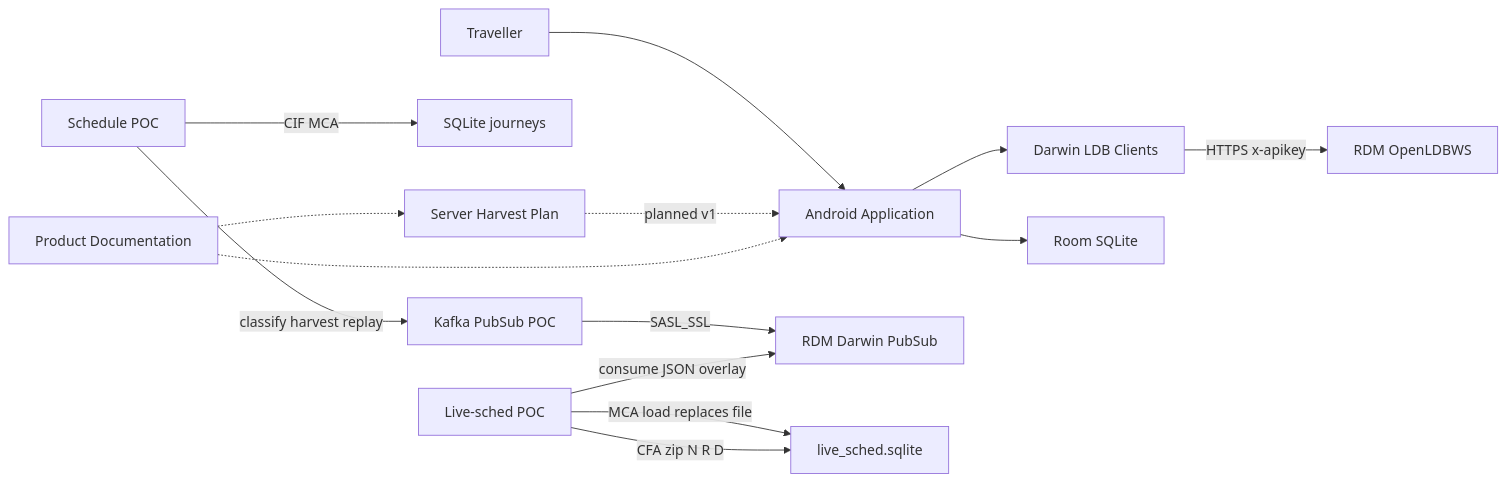
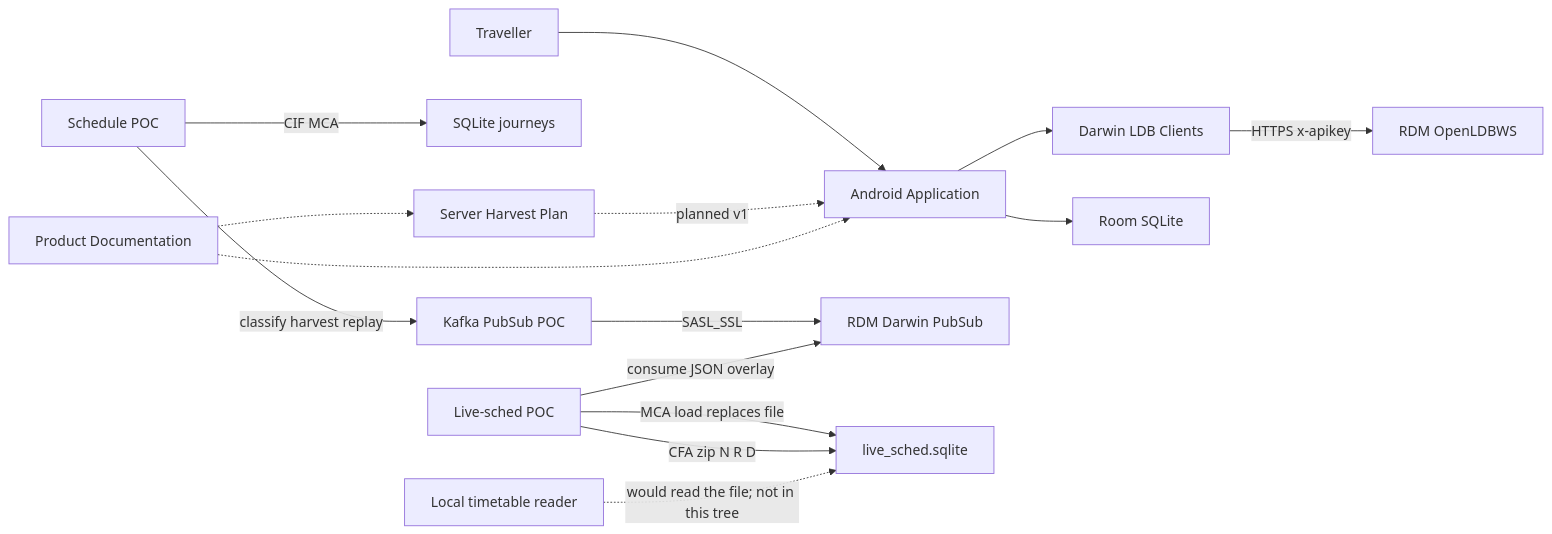
The first of 6 diagrams in aidlc/spaces/default/codekb/uk-rail-tracker/architecture.md (mazerunner70/uk-rail-tracker), drawn with Mermaid before and after one commit. The commit also changed other lines of this file and 315 other files, not shown here.

Commit message:
Record the local timetable viewer and the Athena lake construction record.

````diff
--- a/aidlc/spaces/default/codekb/uk-rail-tracker/architecture.md
+++ b/aidlc/spaces/default/codekb/uk-rail-tracker/architecture.md
@@ -17,16 +24,17 @@
 ```mermaid
 flowchart LR
   User["Traveller"] --> Android["Android Application"]
   Android --> DarwinACL["Darwin LDB Clients"]
   DarwinACL -->|"HTTPS x-apikey"| OpenLDB["RDM OpenLDBWS"]
   Android --> Room["Room SQLite"]
   Sched["Schedule POC"] -->|"CIF MCA"| SQLiteSched["SQLite journeys"]
   Sched -->|"classify harvest replay"| KafkaPOC["Kafka PubSub POC"]
   KafkaPOC -->|"SASL_SSL"| PubSub["RDM Darwin PubSub"]
   LiveSched["Live-sched POC"] -->|"MCA load replaces file"| SQLiteLive["live_sched.sqlite"]
   LiveSched -->|"CFA zip N R D"| SQLiteLive
   LiveSched -->|"consume JSON overlay"| PubSub
+  Reader["Local timetable reader"] -.->|"would read the file; not in this tree"| SQLiteLive
   Plan["Server Harvest Plan"] -.->|"planned v1"| Android
   Docs["Product Documentation"] -.-> Android
   Docs -.-> Plan
 ```
````
